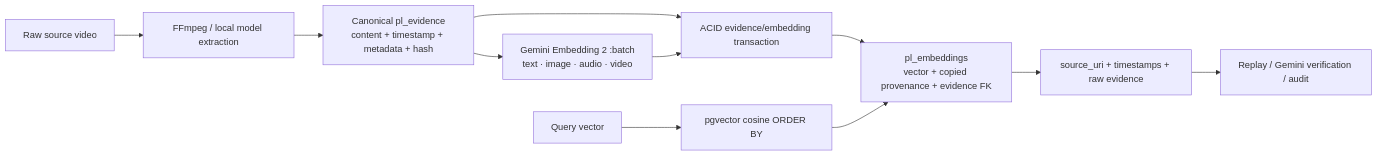
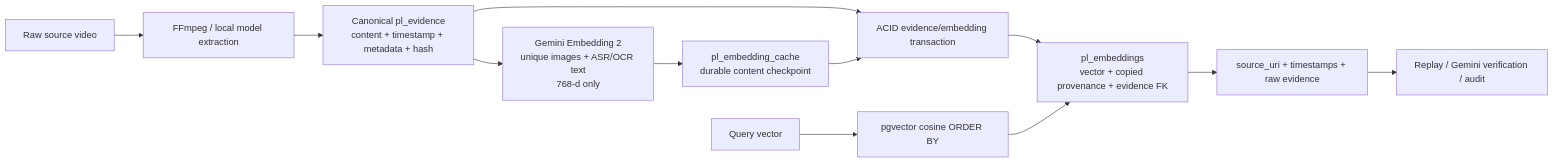
The second of 9 diagrams in SYSTEM_DESIGN.md (giaphoang/PatrolLens), drawn with Mermaid before and after one commit. The commit also changed other lines of this file and 24 other files, not shown here.

````diff
--- a/SYSTEM_DESIGN.md
+++ b/SYSTEM_DESIGN.md
@@ -67,13 +68,14 @@
 ```mermaid
 flowchart LR
     R["Raw source video"] --> X["FFmpeg / local model extraction"]
     X --> E["Canonical pl_evidence\ncontent + timestamp + metadata + hash"]
-    E --> G["Gemini Embedding 2 :batch\ntext · image · audio · video"]
+    E --> G["Gemini Embedding 2\nunique images + ASR/OCR text\n768-d only"]
+    G --> C["pl_embedding_cache\ndurable content checkpoint"]
     E --> T["ACID evidence/embedding transaction"]
-    G --> T
+    C --> T
     T --> V["pl_embeddings\nvector + copied provenance + evidence FK"]
     Q["Query vector"] --> S["pgvector cosine ORDER BY"]
     S --> V
     V --> P["source_uri + timestamps + raw evidence"]
     P --> A["Replay / Gemini verification / audit"]
 ```
````
